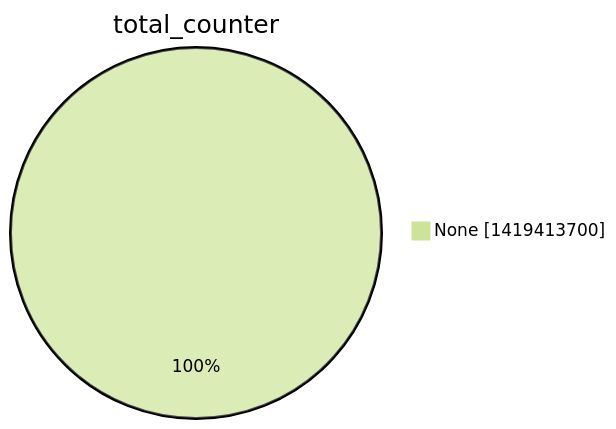
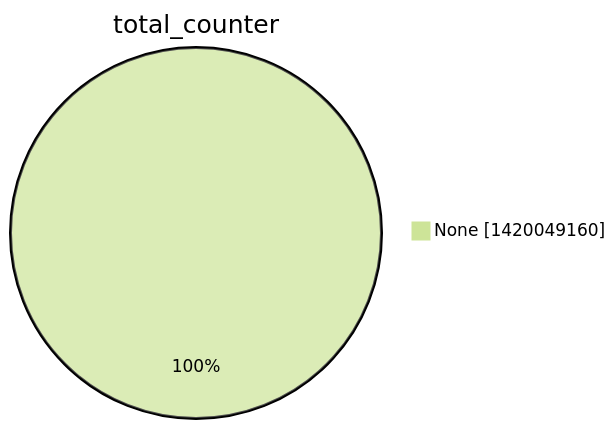
One commit to christiankrug/ctmonitor_visualization changed the second of 15 diagrams in argon2022/README.md. Above: the diagram before and after it, drawn with Mermaid (forest theme). The commit also changed other lines of this file, not shown here.

````diff
--- a/argon2022/README.md
+++ b/argon2022/README.md
@@ -9,5 +9,5 @@
 ```mermaid
 pie showData
 title total_counter
-"None" :1419413700
+"None" :1420049160
 ```
````
